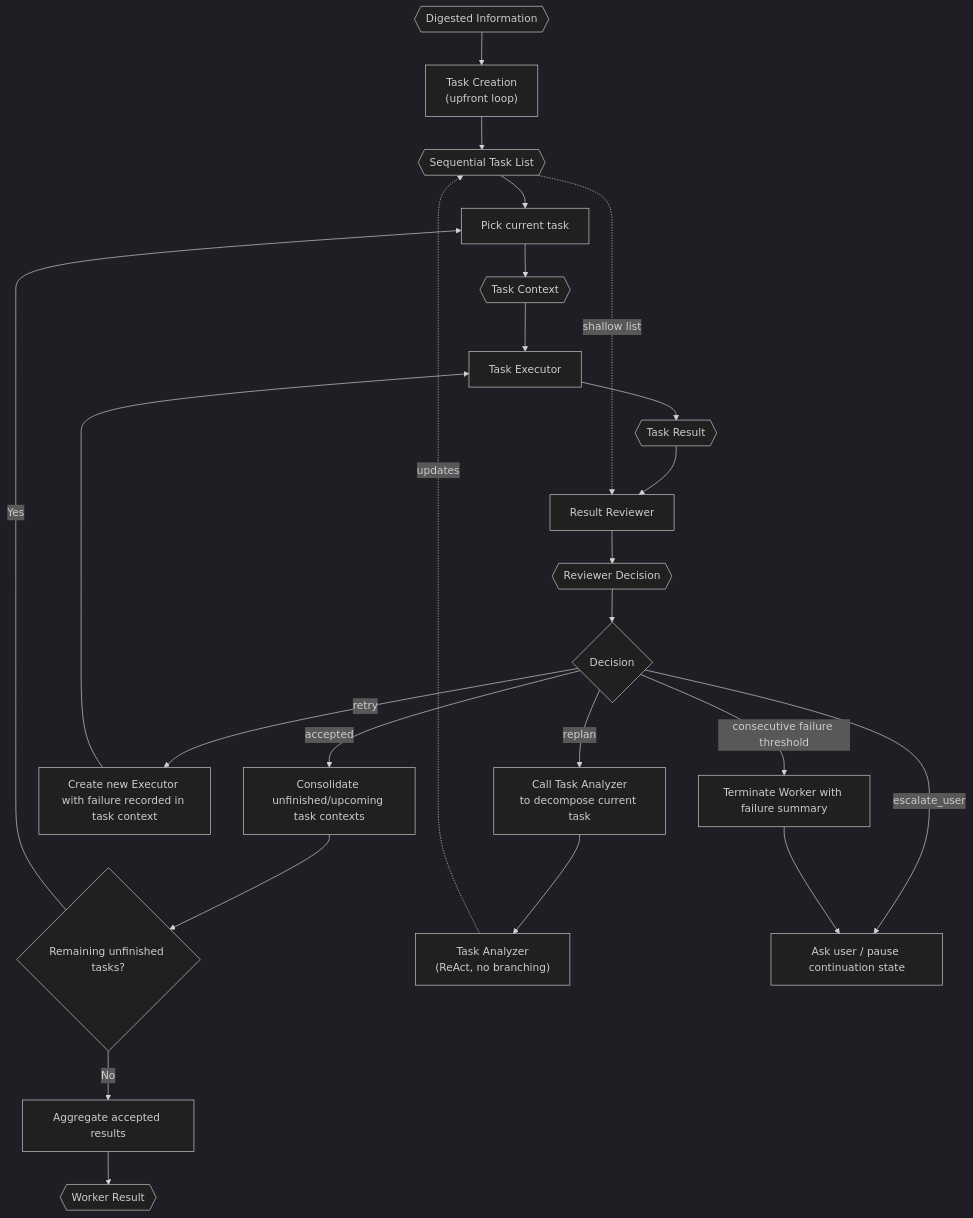
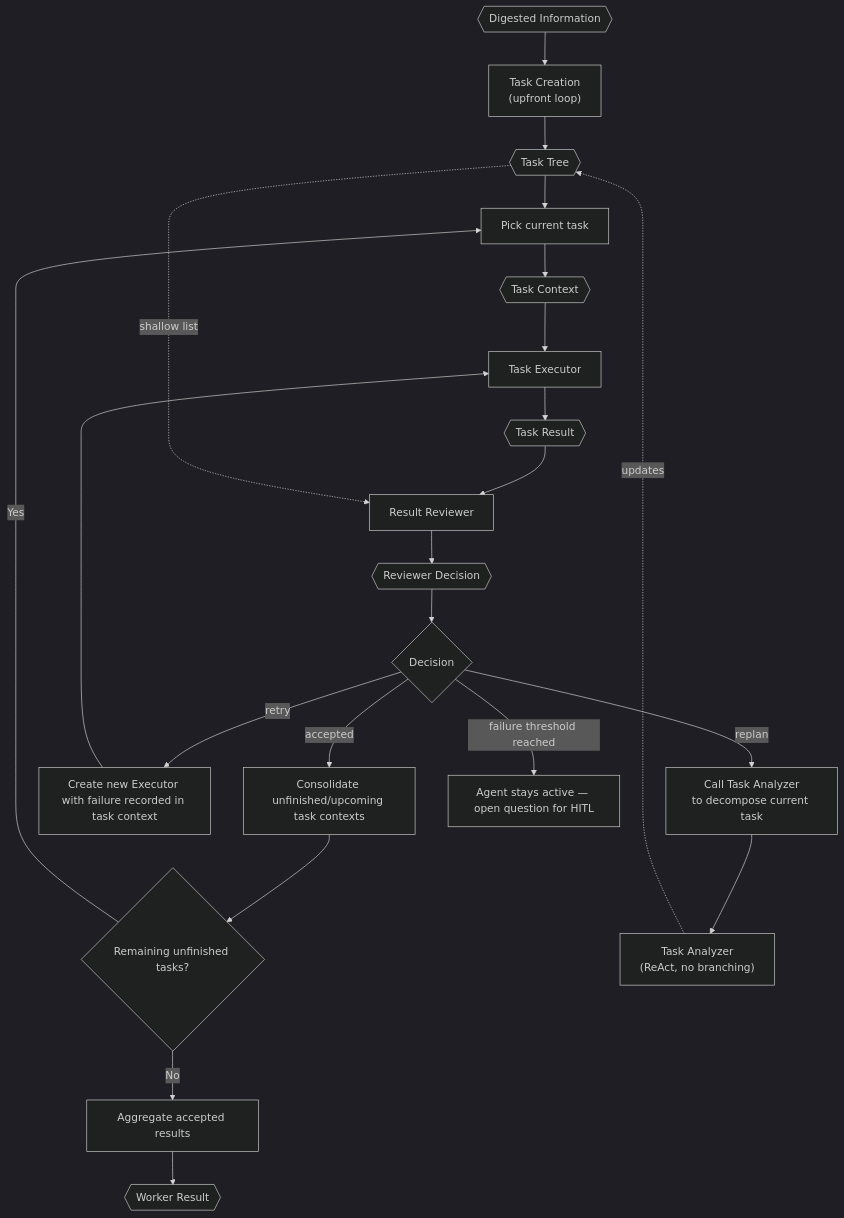
The diagram in src/tinycua/docs/architecture/worker-orchestration.md (VJyzCELERY/TINYCUA), drawn with Mermaid (dark theme) before and after one commit. The commit also changed other lines of this file and 102 other files, not shown here.

````diff
--- a/src/tinycua/docs/architecture/worker-orchestration.md
+++ b/src/tinycua/docs/architecture/worker-orchestration.md
@@ -53,46 +53,43 @@
 ```mermaid
 flowchart TD
     DI{{"Digested Information"}}
     TCR["Task Creation\n(upfront loop)"]
-    TL{{"Sequential Task List"}}
+    TL{{"Task Tree"}}
     PICK["Pick current task"]
     TC{{"Task Context"}}
     TE["Task Executor"]
     TRS{{"Task Result"}}
     RV["Result Reviewer"]
     DEC{{"Reviewer Decision"}}
     NEXT{"Decision"}
     UPDATE["Consolidate unfinished/upcoming task contexts"]
     REMAIN{"Remaining unfinished tasks?"}
     RETRY["Create new Executor with failure recorded in task context"]
     REPLAN["Call Task Analyzer\nto decompose current task"]
     TA["Task Analyzer\n(ReAct, no branching)"]
-    ASK["Ask user / pause continuation state"]
-    FAIL_TERM["Terminate Worker with failure summary"]
+    FAIL["Agent stays active — open question for HITL"]
     AGG["Aggregate accepted results"]
     WR{{"Worker Result"}}
 
     DI --> TCR
     TCR --> TL
     TL --> PICK
     PICK --> TC
     TC --> TE
     TE --> TRS
     TRS --> RV
     TL -. "shallow list" .-> RV
     RV --> DEC
     DEC --> NEXT
     NEXT -->|accepted| UPDATE
     UPDATE --> REMAIN
     REMAIN -->|Yes| PICK
     REMAIN -->|No| AGG
     NEXT -->|retry| RETRY
     RETRY --> TE
     NEXT -->|replan| REPLAN
     REPLAN --> TA
     TA -. "updates" .-> TL
-    NEXT -->|escalate_user| ASK
-    NEXT -->|consecutive failure threshold| FAIL_TERM
-    FAIL_TERM --> ASK
+    NEXT -->|failure threshold reached| FAIL
     AGG --> WR
 ```
````
